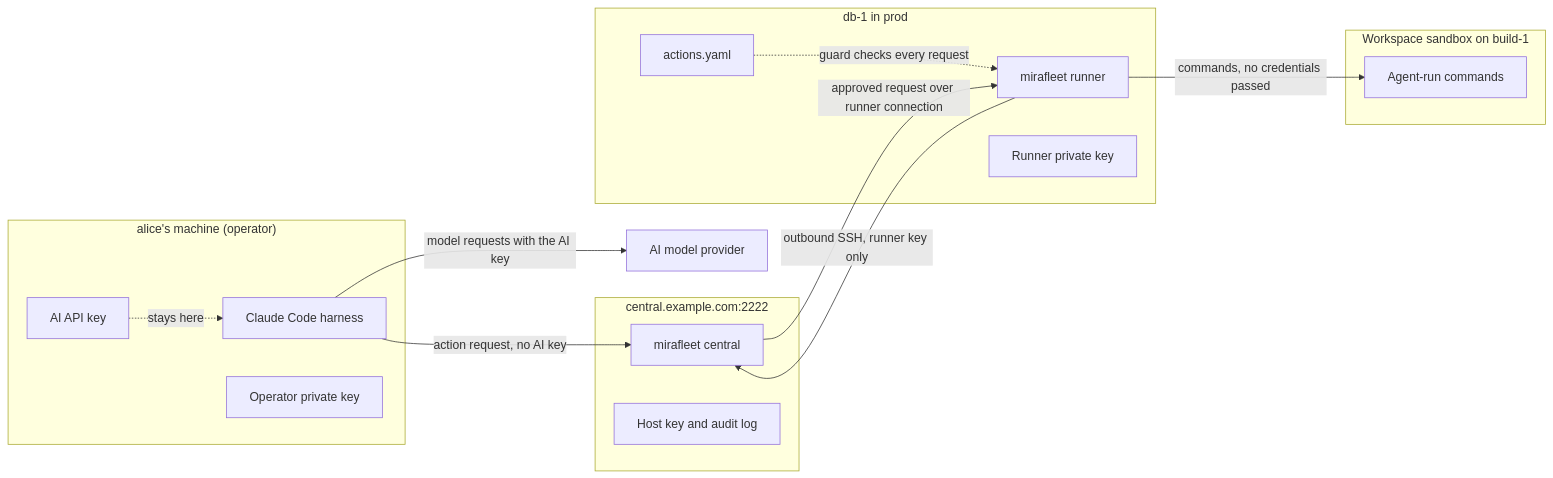
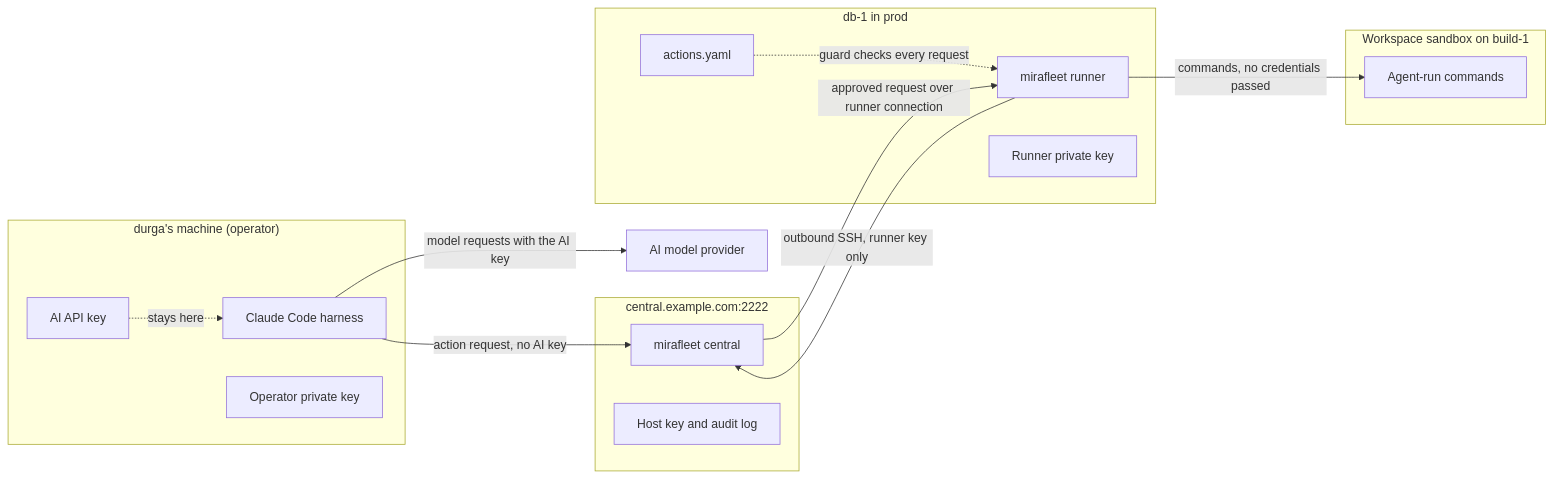
The diagram in docs/guide/12-why-mirafleet.md (mirastacklabs-ai/mirafleet), drawn with Mermaid before and after one commit. The commit also changed other lines of this file and 24 other files, not shown here.

First line of the commit message:
docs: apply the MIRASTACK LABS cast to the guide, README and diagrams

````diff
--- a/docs/guide/12-why-mirafleet.md
+++ b/docs/guide/12-why-mirafleet.md
@@ -153,29 +153,29 @@
 ```mermaid
 flowchart LR
-    subgraph OP["alice's machine (operator)"]
+    subgraph OP["durga's machine (operator)"]
         H["Claude Code harness"]
         LK["AI API key"]
         OK["Operator private key"]
     end
     PROV["AI model provider"]
     subgraph CEN["central.example.com:2222"]
         C["mirafleet central"]
         CK["Host key and audit log"]
     end
     subgraph RUN["db-1 in prod"]
         R["mirafleet runner"]
         RK["Runner private key"]
         AY["actions.yaml"]
     end
     subgraph SB["Workspace sandbox on build-1"]
         S["Agent-run commands"]
     end
 
     H -->|"model requests with the AI key"| PROV
     LK -.->|"stays here"| H
     H -->|"action request, no AI key"| C
     R -->|"outbound SSH, runner key only"| C
     C -->|"approved request over runner connection"| R
     R -->|"commands, no credentials passed"| S
     AY -.->|"guard checks every request"| R
 ```
````
